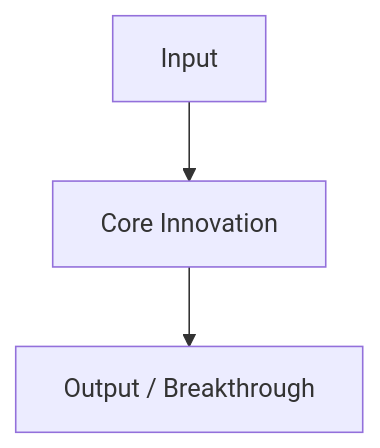
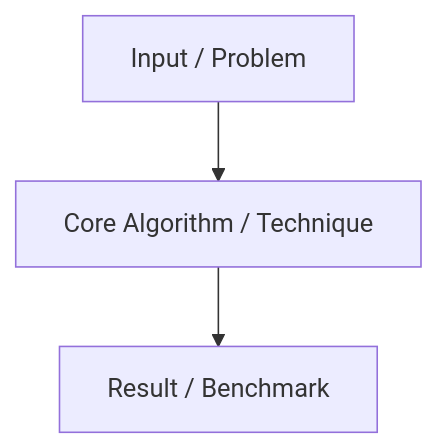
Before and after one commit to Namanbhatt-01/learningfromvaliddoc: the diagram in templates/PAPER_TEMPLATE.md, drawn with Mermaid. The commit also changed other lines of this file and 8 other files, not shown here.

````diff
--- a/templates/PAPER_TEMPLATE.md
+++ b/templates/PAPER_TEMPLATE.md
@@ -26,5 +27,5 @@
 ```mermaid
 graph TD
-    A[Input] --> B[Core Innovation]
-    B --> C[Output / Breakthrough]
+    A[Input / Problem] --> B[Core Algorithm / Technique]
+    B --> C[Result / Benchmark]
 ```
````
